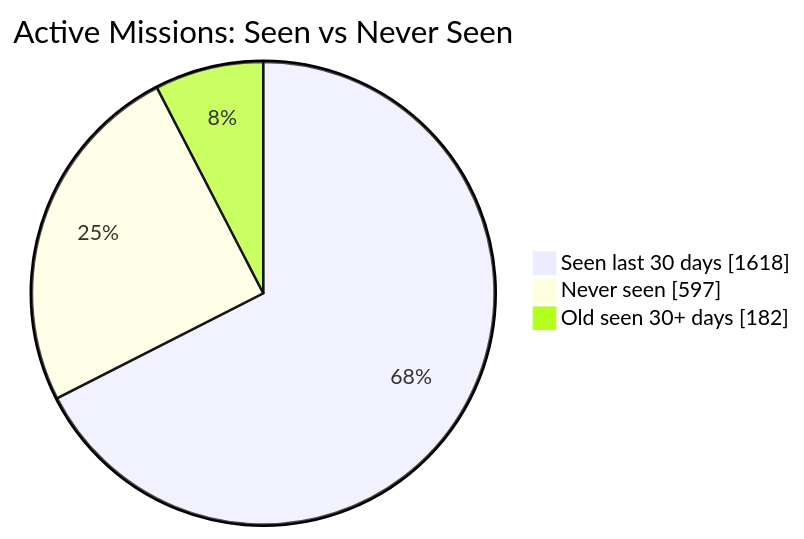
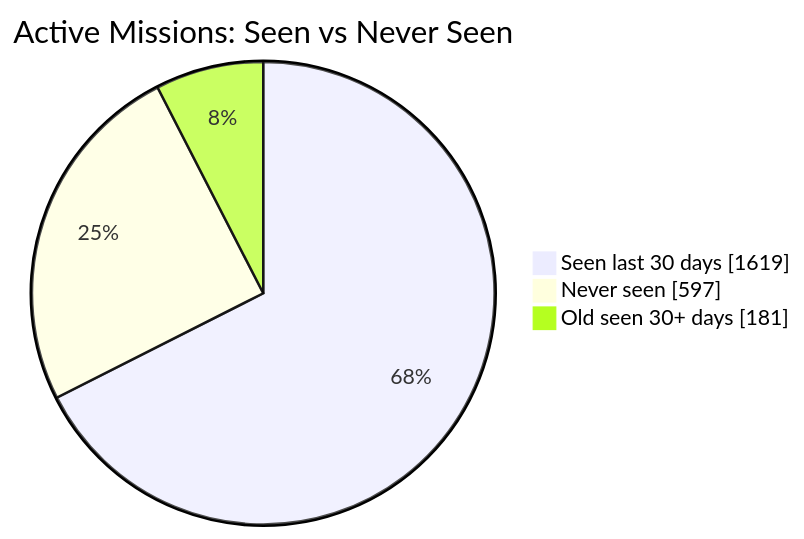
One commit to MeldkamerspelGameTeam/active-missions changed the first of 2 diagrams in README.md. Above: the diagram before and after it, drawn with Mermaid. The commit also changed other lines of this file and 2 other files, not shown here.

````diff
--- a/README.md
+++ b/README.md
@@ -34,7 +34,7 @@
 ```mermaid
 pie showData
     title Active Missions: Seen vs Never Seen
-    "Seen last 30 days" : 1618
+    "Seen last 30 days" : 1619
     "Never seen" : 597
-    "Old seen 30+ days" : 182
+    "Old seen 30+ days" : 181
 ```
````
